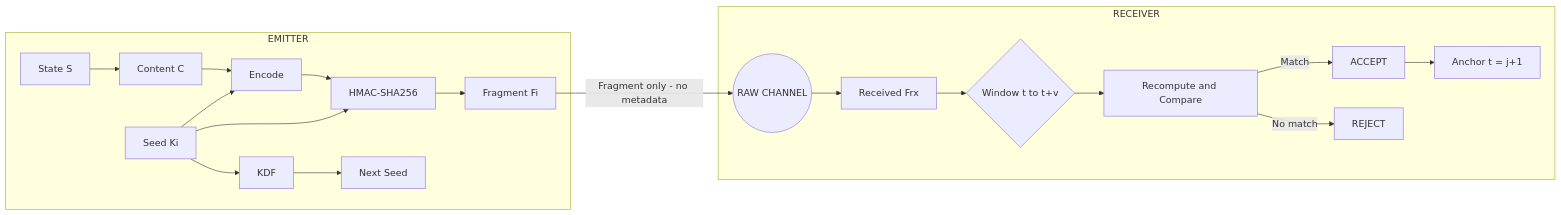
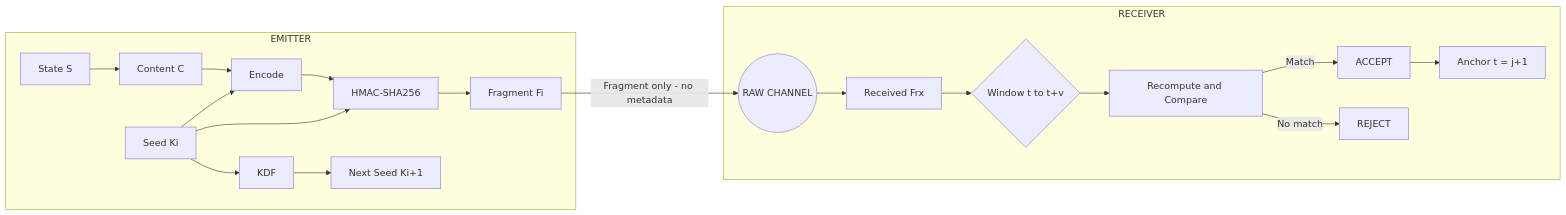
The first of 2 diagrams in README.md (asemantix/asemantic-protocol), drawn with Mermaid before and after one commit. The commit also changed other lines of this file, not shown here.

````diff
--- a/README.md
+++ b/README.md
@@ -32,24 +73,24 @@
 ```mermaid
 flowchart LR
     subgraph EMIT[EMITTER]
         S[State S] --> C[Content C]
         C --> ENC[Encode]
         K[Seed Ki] --> ENC
         ENC --> HMAC[HMAC-SHA256]
         K --> HMAC
         HMAC --> Fi[Fragment Fi]
         K --> KDF[KDF]
-        KDF --> Kn[Next Seed]
+        KDF --> Kn[Next Seed Ki+1]
     end
-    
+
     Fi -->|Fragment only - no metadata| CH((RAW CHANNEL))
-    
+
     subgraph RECV[RECEIVER]
         CH --> Frx[Received Frx]
         Frx --> LOOP{Window t to t+v}
         LOOP --> CMP[Recompute and Compare]
         CMP -->|Match| OK[ACCEPT]
         CMP -->|No match| NO[REJECT]
         OK --> ADV[Anchor t = j+1]
     end
 ```
````
